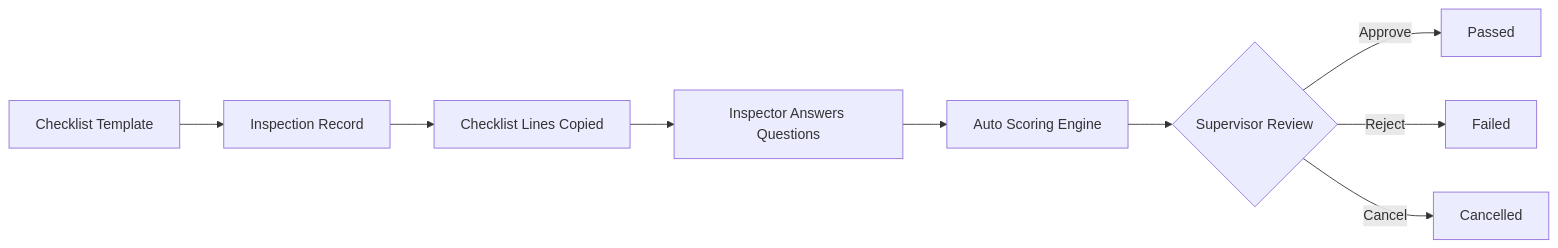
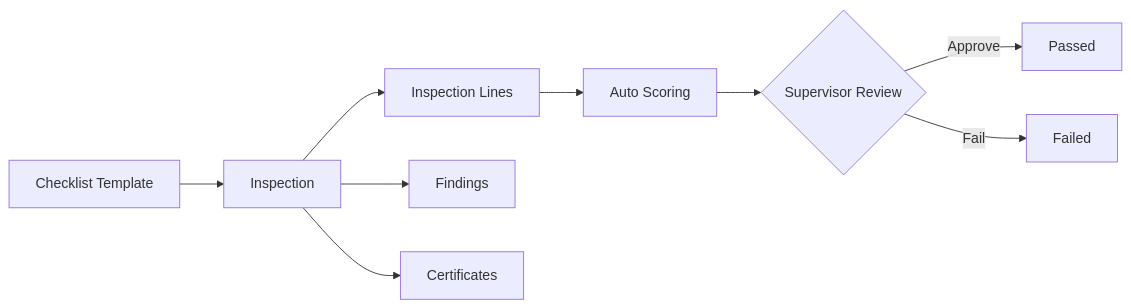
Before and after one commit to Hussain800/odoominance-odoo: the first of 2 diagrams in README.md, drawn with Mermaid. The commit also changed other lines of this file and 24 other files, not shown here.

````diff
--- a/README.md
+++ b/README.md
@@ -34,11 +38,11 @@
 ```mermaid
 flowchart LR
-	T[Checklist Template] --> I[Inspection Record]
-	I --> L[Checklist Lines Copied]
-	L --> A[Inspector Answers Questions]
-	A --> S[Auto Scoring Engine]
-	S --> R{Supervisor Review}
-	R -->|Approve| P[Passed]
-	R -->|Reject| F[Failed]
-	R -->|Cancel| C[Cancelled]
+    T[Checklist Template] --> I[Inspection]
+    I --> L[Inspection Lines]
+    L --> S[Auto Scoring]
+    S --> R{Supervisor Review}
+    R -->|Approve| P[Passed]
+    R -->|Fail| F[Failed]
+    I --> FN[Findings]
+    I --> C[Certificates]
 ```
````
